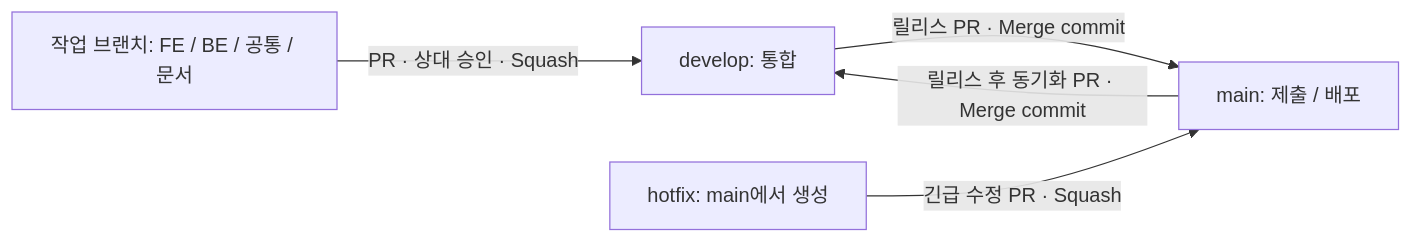
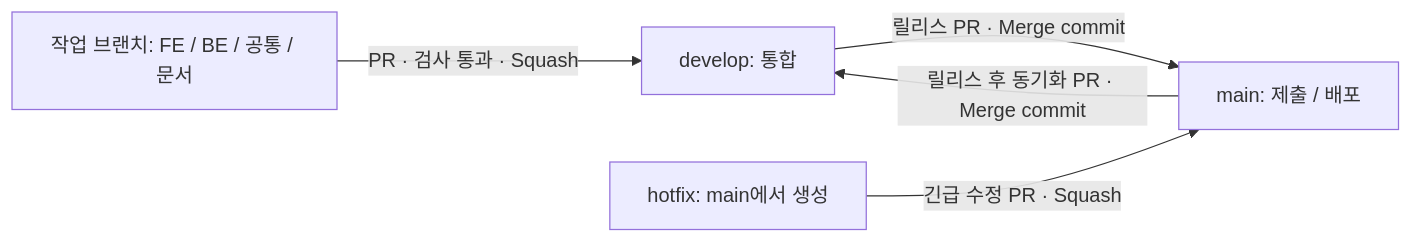
One commit to DavidPark04/hospital-reservation changed the diagram in docs/branch-strategy.md. Above: the diagram before and after it, drawn with Mermaid. The commit also changed other lines of this file and 6 other files, not shown here.

````diff
--- a/docs/branch-strategy.md
+++ b/docs/branch-strategy.md
@@ -5,7 +5,7 @@
 ```mermaid
 flowchart LR
-    Task[작업 브랜치: FE / BE / 공통 / 문서] -->|PR · 상대 승인 · Squash| Develop[develop: 통합]
+    Task[작업 브랜치: FE / BE / 공통 / 문서] -->|PR · 검사 통과 · Squash| Develop[develop: 통합]
     Develop -->|릴리스 PR · Merge commit| Main[main: 제출 / 배포]
     Main -->|릴리스 후 동기화 PR · Merge commit| Develop
     Hotfix[hotfix: main에서 생성] -->|긴급 수정 PR · Squash| Main
 ```
````
